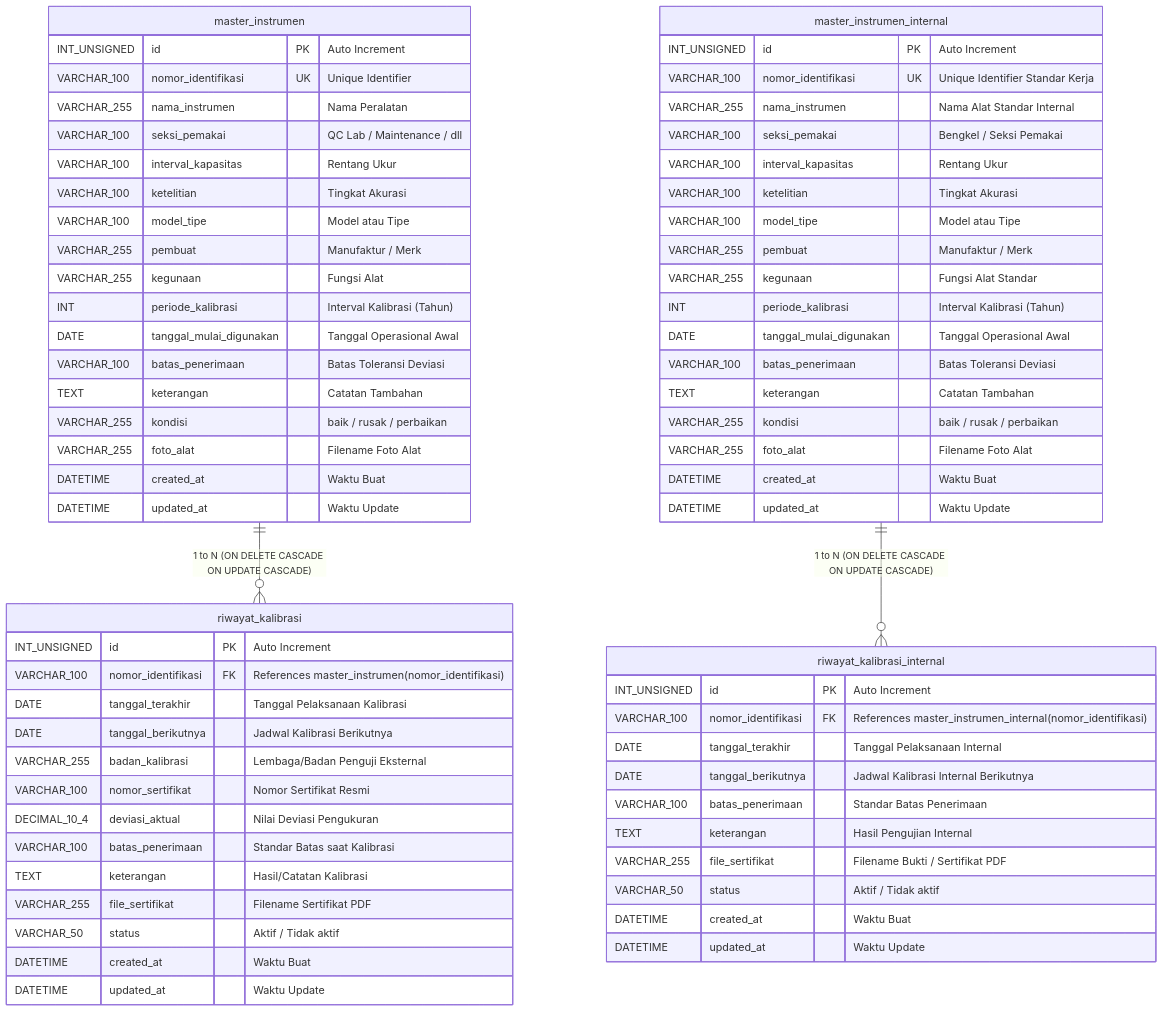
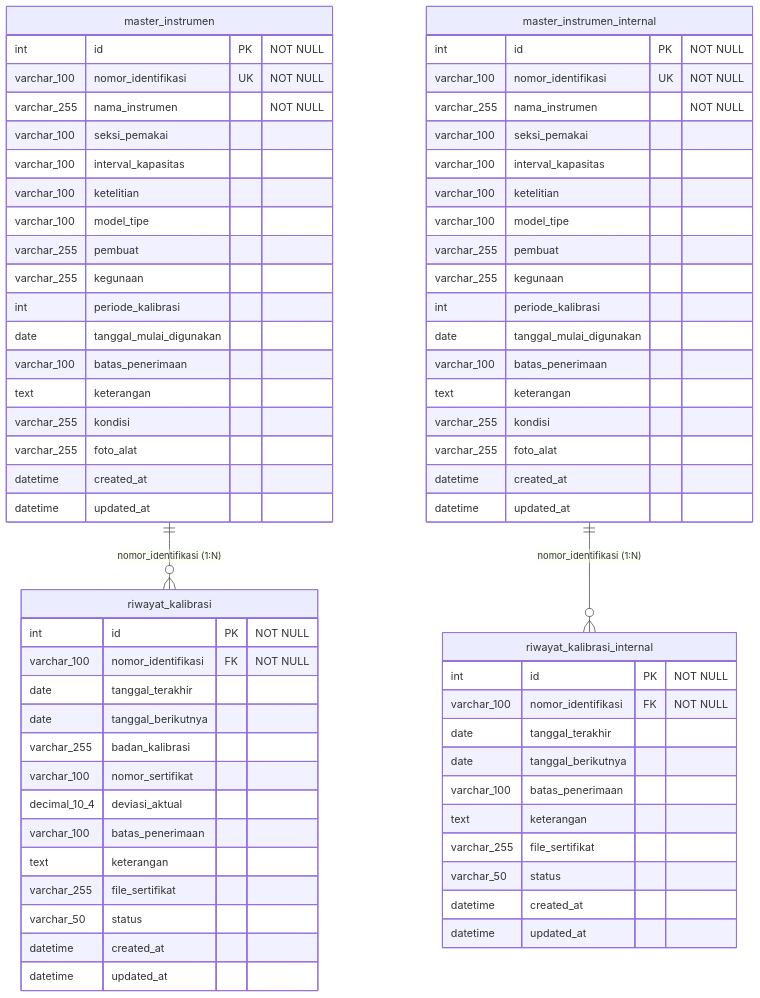
Before and after one commit to ebenlimbong/pmn-kalibrasi: diagram 11 of 11 in bpm_blueprint_teknis.md, drawn with Mermaid. The commit also changed other lines of this file, not shown here.

Commit message:
docs: selaraskan format diagram ERD 100% persis dengan box style inalum blueprint

````diff
--- a/bpm_blueprint_teknis.md
+++ b/bpm_blueprint_teknis.md
@@ -219,74 +219,74 @@
 ```mermaid
 erDiagram
     master_instrumen {
-        INT_UNSIGNED id PK "Auto Increment"
-        VARCHAR_100 nomor_identifikasi UK "Unique Identifier"
-        VARCHAR_255 nama_instrumen "Nama Peralatan"
-        VARCHAR_100 seksi_pemakai "QC Lab / Maintenance / dll"
-        VARCHAR_100 interval_kapasitas "Rentang Ukur"
-        VARCHAR_100 ketelitian "Tingkat Akurasi"
-        VARCHAR_100 model_tipe "Model atau Tipe"
-        VARCHAR_255 pembuat "Manufaktur / Merk"
-        VARCHAR_255 kegunaan "Fungsi Alat"
-        INT periode_kalibrasi "Interval Kalibrasi (Tahun)"
-        DATE tanggal_mulai_digunakan "Tanggal Operasional Awal"
-        VARCHAR_100 batas_penerimaan "Batas Toleransi Deviasi"
-        TEXT keterangan "Catatan Tambahan"
-        VARCHAR_255 kondisi "baik / rusak / perbaikan"
-        VARCHAR_255 foto_alat "Filename Foto Alat"
-        DATETIME created_at "Waktu Buat"
-        DATETIME updated_at "Waktu Update"
+        int id PK "NOT NULL"
+        varchar_100 nomor_identifikasi UK "NOT NULL"
+        varchar_255 nama_instrumen "NOT NULL"
+        varchar_100 seksi_pemakai
+        varchar_100 interval_kapasitas
+        varchar_100 ketelitian
+        varchar_100 model_tipe
+        varchar_255 pembuat
+        varchar_255 kegunaan
+        int periode_kalibrasi
+        date tanggal_mulai_digunakan
+        varchar_100 batas_penerimaan
+        text keterangan
+        varchar_255 kondisi
+        varchar_255 foto_alat
+        datetime created_at
+        datetime updated_at
     }
 
     riwayat_kalibrasi {
-        INT_UNSIGNED id PK "Auto Increment"
-        VARCHAR_100 nomor_identifikasi FK "References master_instrumen(nomor_identifikasi)"
-        DATE tanggal_terakhir "Tanggal Pelaksanaan Kalibrasi"
-        DATE tanggal_berikutnya "Jadwal Kalibrasi Berikutnya"
-        VARCHAR_255 badan_kalibrasi "Lembaga/Badan Penguji Eksternal"
-        VARCHAR_100 nomor_sertifikat "Nomor Sertifikat Resmi"
-        DECIMAL_10_4 deviasi_aktual "Nilai Deviasi Pengukuran"
-        VARCHAR_100 batas_penerimaan "Standar Batas saat Kalibrasi"
-        TEXT keterangan "Hasil/Catatan Kalibrasi"
-        VARCHAR_255 file_sertifikat "Filename Sertifikat PDF"
-        VARCHAR_50 status "Aktif / Tidak aktif"
-        DATETIME created_at "Waktu Buat"
-        DATETIME updated_at "Waktu Update"
+        int id PK "NOT NULL"
+        varchar_100 nomor_identifikasi FK "NOT NULL"
+        date tanggal_terakhir
+        date tanggal_berikutnya
+        varchar_255 badan_kalibrasi
+        varchar_100 nomor_sertifikat
+        decimal_10_4 deviasi_aktual
+        varchar_100 batas_penerimaan
+        text keterangan
+        varchar_255 file_sertifikat
+        varchar_50 status
+        datetime created_at
+        datetime updated_at
     }
 
     master_instrumen_internal {
-        INT_UNSIGNED id PK "Auto Increment"
-        VARCHAR_100 nomor_identifikasi UK "Unique Identifier Standar Kerja"
-        VARCHAR_255 nama_instrumen "Nama Alat Standar Internal"
-        VARCHAR_100 seksi_pemakai "Bengkel / Seksi Pemakai"
-        VARCHAR_100 interval_kapasitas "Rentang Ukur"
-        VARCHAR_100 ketelitian "Tingkat Akurasi"
-        VARCHAR_100 model_tipe "Model atau Tipe"
-        VARCHAR_255 pembuat "Manufaktur / Merk"
-        VARCHAR_255 kegunaan "Fungsi Alat Standar"
-        INT periode_kalibrasi "Interval Kalibrasi (Tahun)"
-        DATE tanggal_mulai_digunakan "Tanggal Operasional Awal"
-        VARCHAR_100 batas_penerimaan "Batas Toleransi Deviasi"
-        TEXT keterangan "Catatan Tambahan"
-        VARCHAR_255 kondisi "baik / rusak / perbaikan"
-        VARCHAR_255 foto_alat "Filename Foto Alat"
-        DATETIME created_at "Waktu Buat"
-        DATETIME updated_at "Waktu Update"
+        int id PK "NOT NULL"
+        varchar_100 nomor_identifikasi UK "NOT NULL"
+        varchar_255 nama_instrumen "NOT NULL"
+        varchar_100 seksi_pemakai
+        varchar_100 interval_kapasitas
+        varchar_100 ketelitian
+        varchar_100 model_tipe
+        varchar_255 pembuat
+        varchar_255 kegunaan
+        int periode_kalibrasi
+        date tanggal_mulai_digunakan
+        varchar_100 batas_penerimaan
+        text keterangan
+        varchar_255 kondisi
+        varchar_255 foto_alat
+        datetime created_at
+        datetime updated_at
     }
 
     riwayat_kalibrasi_internal {
-        INT_UNSIGNED id PK "Auto Increment"
-        VARCHAR_100 nomor_identifikasi FK "References master_instrumen_internal(nomor_identifikasi)"
-        DATE tanggal_terakhir "Tanggal Pelaksanaan Internal"
-        DATE tanggal_berikutnya "Jadwal Kalibrasi Internal Berikutnya"
-        VARCHAR_100 batas_penerimaan "Standar Batas Penerimaan"
-        TEXT keterangan "Hasil Pengujian Internal"
-        VARCHAR_255 file_sertifikat "Filename Bukti / Sertifikat PDF"
-        VARCHAR_50 status "Aktif / Tidak aktif"
-        DATETIME created_at "Waktu Buat"
-        DATETIME updated_at "Waktu Update"
+        int id PK "NOT NULL"
+        varchar_100 nomor_identifikasi FK "NOT NULL"
+        date tanggal_terakhir
+        date tanggal_berikutnya
+        varchar_100 batas_penerimaan
+        text keterangan
+        varchar_255 file_sertifikat
+        varchar_50 status
+        datetime created_at
+        datetime updated_at
     }
 
-    master_instrumen ||--o{ riwayat_kalibrasi : "1 to N (ON DELETE CASCADE ON UPDATE CASCADE)"
-    master_instrumen_internal ||--o{ riwayat_kalibrasi_internal : "1 to N (ON DELETE CASCADE ON UPDATE CASCADE)"
+    master_instrumen ||--o{ riwayat_kalibrasi : "nomor_identifikasi (1:N)"
+    master_instrumen_internal ||--o{ riwayat_kalibrasi_internal : "nomor_identifikasi (1:N)"
 ```
````
